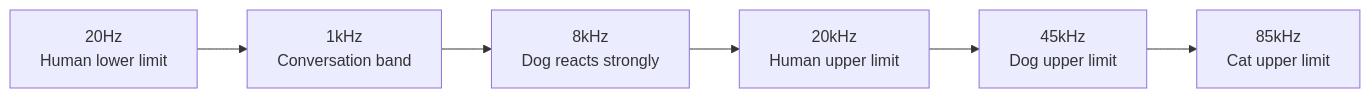
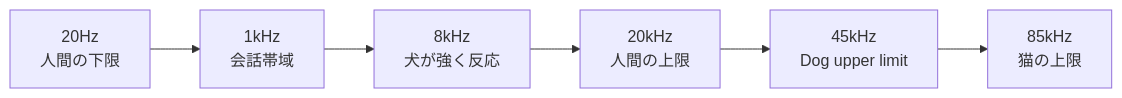
One commit to monumental-movement/monumental-movement.github.io changed the fourth of 5 diagrams in en/_posts/2026-04-11-column-dog-cat-music.md. Above: the diagram before and after it, drawn with Mermaid. The commit also changed other lines of this file and 2196 other files, not shown here.

```diff
--- a/en/_posts/2026-04-11-column-dog-cat-music.md
+++ b/en/_posts/2026-04-11-column-dog-cat-music.md
@@ -215,8 +214,8 @@
 <div class="mermaid">
 graph LR
-A[20Hz<br>Human lower limit] --> B[1kHz<br>Conversation band]
-B --> C[8kHz<br>Dog reacts strongly]
-C --> D[20kHz<br>Human upper limit]
+A[20Hz<br>人間の下限] --> B[1kHz<br>会話帯域]
+B --> C[8kHz<br>犬が強く反応]
+C --> D[20kHz<br>人間の上限]
 D --> E[45kHz<br>Dog upper limit]
-E --> F[85kHz<br>Cat upper limit]
+E --> F[85kHz<br>猫の上限]
 </div>
```
